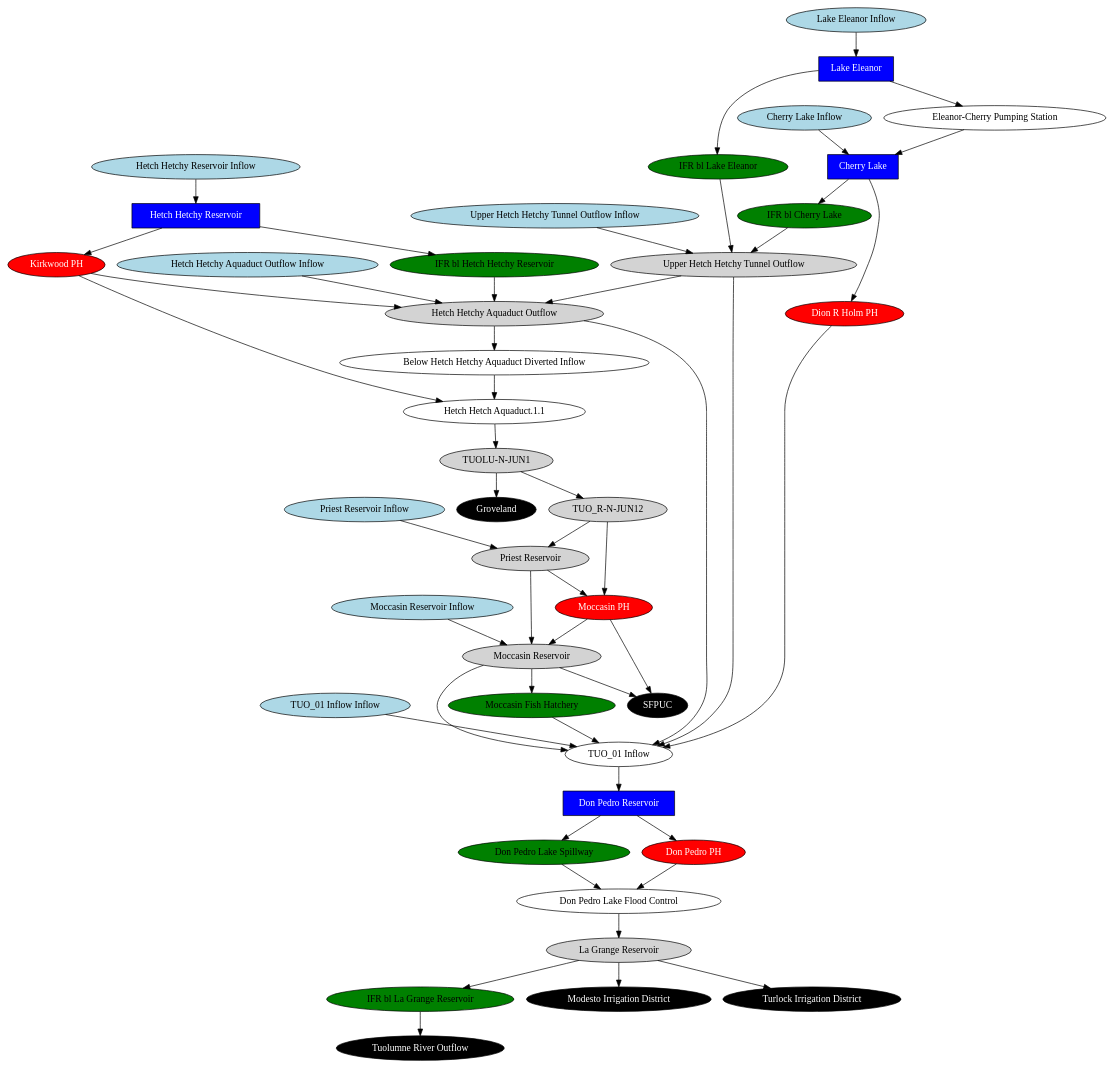
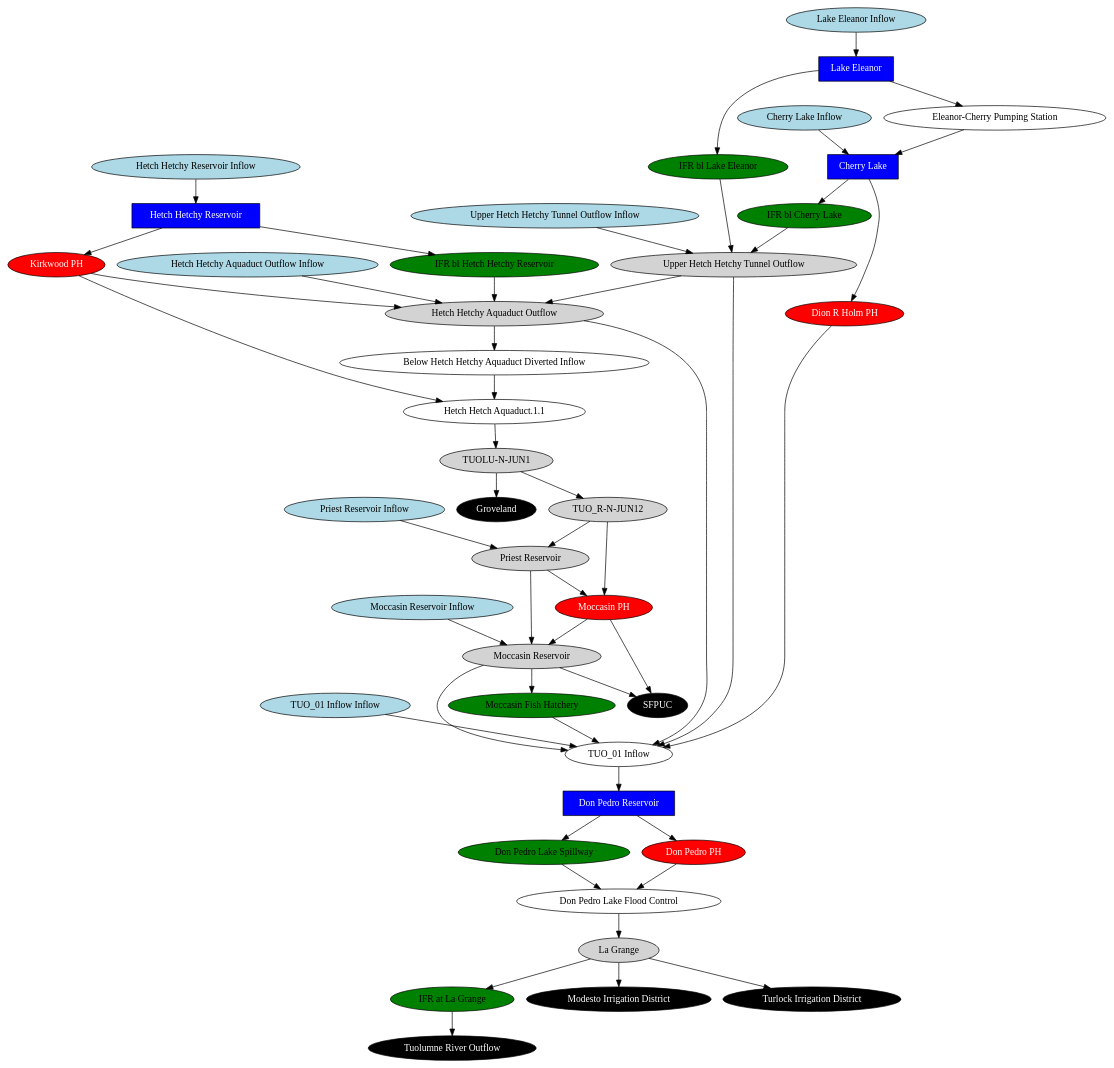
The diagram in dashapp/assets/schematics/tuolumne_schematic_simplified.gv (vicelab/cen-sierra-pywr), drawn with Graphviz before and after one commit. The commit also changed 8 other files, not shown here.

```diff
--- a/dashapp/assets/schematics/tuolumne_schematic_simplified.gv
+++ b/dashapp/assets/schematics/tuolumne_schematic_simplified.gv
@@ -1,91 +1,91 @@
 // tuolumne
 digraph tuolumne {
 	"TUO_01 Inflow Inflow" [fillcolor=lightblue fontcolor=black shape=oval style=filled]
 	"Upper Hetch Hetchy Tunnel Outflow Inflow" [fillcolor=lightblue fontcolor=black shape=oval style=filled]
 	"Cherry Lake Inflow" [fillcolor=lightblue fontcolor=black shape=oval style=filled]
 	"Lake Eleanor Inflow" [fillcolor=lightblue fontcolor=black shape=oval style=filled]
 	"Hetch Hetchy Reservoir Inflow" [fillcolor=lightblue fontcolor=black shape=oval style=filled]
 	"Moccasin Reservoir Inflow" [fillcolor=lightblue fontcolor=black shape=oval style=filled]
 	"Priest Reservoir Inflow" [fillcolor=lightblue fontcolor=black shape=oval style=filled]
 	"Hetch Hetchy Aquaduct Outflow Inflow" [fillcolor=lightblue fontcolor=black shape=oval style=filled]
 	"Below Hetch Hetchy Aquaduct Diverted Inflow" [fillcolor=white fontcolor=black shape=oval style=filled]
 	"Don Pedro Lake Flood Control" [fillcolor=white fontcolor=black shape=oval style=filled]
 	"Hetch Hetch Aquaduct.1.1" [fillcolor=white fontcolor=black shape=oval style=filled]
 	"Cherry Lake" [fillcolor=blue fontcolor=white shape=rect style=filled]
 	"Dion R Holm PH" [fillcolor=red fontcolor=white shape=oval style=filled]
 	"Don Pedro Lake Spillway" [fillcolor=green fontcolor=black shape=oval style=filled]
 	"Don Pedro PH" [fillcolor=red fontcolor=white shape=oval style=filled]
 	"Don Pedro Reservoir" [fillcolor=blue fontcolor=white shape=rect style=filled]
 	"Eleanor-Cherry Pumping Station" [fillcolor=white fontcolor=black shape=oval style=filled]
 	Groveland [fillcolor=black fontcolor=white shape=oval style=filled]
 	"Hetch Hetchy Aquaduct Outflow" [fillcolor=lightgrey fontcolor=black shape=oval style=filled]
 	"Hetch Hetchy Reservoir" [fillcolor=blue fontcolor=white shape=rect style=filled]
 	"IFR bl Cherry Lake" [fillcolor=green fontcolor=black shape=oval style=filled]
-	"IFR bl La Grange Reservoir" [fillcolor=green fontcolor=black shape=oval style=filled]
+	"IFR at La Grange" [fillcolor=green fontcolor=black shape=oval style=filled]
 	"IFR bl Hetch Hetchy Reservoir" [fillcolor=green fontcolor=black shape=oval style=filled]
 	"IFR bl Lake Eleanor" [fillcolor=green fontcolor=black shape=oval style=filled]
 	"Moccasin Fish Hatchery" [fillcolor=green fontcolor=black shape=oval style=filled]
 	"Kirkwood PH" [fillcolor=red fontcolor=white shape=oval style=filled]
-	"La Grange Reservoir" [fillcolor=lightgrey fontcolor=black shape=oval style=filled]
+	"La Grange" [fillcolor=lightgrey fontcolor=black shape=oval style=filled]
 	"Lake Eleanor" [fillcolor=blue fontcolor=white shape=rect style=filled]
 	"Moccasin PH" [fillcolor=red fontcolor=white shape=oval style=filled]
 	"Moccasin Reservoir" [fillcolor=lightgrey fontcolor=black shape=oval style=filled]
 	"Modesto Irrigation District" [fillcolor=black fontcolor=white shape=oval style=filled]
 	"Priest Reservoir" [fillcolor=lightgrey fontcolor=black shape=oval style=filled]
 	SFPUC [fillcolor=black fontcolor=white shape=oval style=filled]
 	"TUOLU-N-JUN1" [fillcolor=lightgrey fontcolor=black shape=oval style=filled]
 	"Tuolumne River Outflow" [fillcolor=black fontcolor=white shape=oval style=filled]
 	"TUO_01 Inflow" [fillcolor=white fontcolor=black shape=oval style=filled]
 	"TUO_R-N-JUN12" [fillcolor=lightgrey fontcolor=black shape=oval style=filled]
 	"Turlock Irrigation District" [fillcolor=black fontcolor=white shape=oval style=filled]
 	"Upper Hetch Hetchy Tunnel Outflow" [fillcolor=lightgrey fontcolor=black shape=oval style=filled]
 	"Hetch Hetchy Aquaduct Outflow" -> "Below Hetch Hetchy Aquaduct Diverted Inflow"
 	"Hetch Hetch Aquaduct.1.1" -> "TUOLU-N-JUN1"
 	"Cherry Lake" -> "IFR bl Cherry Lake"
 	"Cherry Lake" -> "Dion R Holm PH"
 	"Hetch Hetchy Reservoir" -> "IFR bl Hetch Hetchy Reservoir"
 	"Lake Eleanor" -> "IFR bl Lake Eleanor"
 	"Lake Eleanor" -> "Eleanor-Cherry Pumping Station"
 	"Eleanor-Cherry Pumping Station" -> "Cherry Lake"
 	"TUO_01 Inflow Inflow" -> "TUO_01 Inflow"
 	"Hetch Hetchy Reservoir" -> "Kirkwood PH"
 	"TUOLU-N-JUN1" -> Groveland
 	"TUOLU-N-JUN1" -> "TUO_R-N-JUN12"
 	"TUO_R-N-JUN12" -> "Priest Reservoir"
 	"Kirkwood PH" -> "Hetch Hetchy Aquaduct Outflow"
 	"Moccasin Reservoir" -> "Moccasin Fish Hatchery"
-	"La Grange Reservoir" -> "IFR bl La Grange Reservoir"
+	"La Grange" -> "IFR at La Grange"
 	"Don Pedro Reservoir" -> "Don Pedro Lake Spillway"
 	"Don Pedro Reservoir" -> "Don Pedro PH"
-	"Don Pedro Lake Flood Control" -> "La Grange Reservoir"
+	"Don Pedro Lake Flood Control" -> "La Grange"
 	"TUO_01 Inflow" -> "Don Pedro Reservoir"
 	"Moccasin PH" -> "Moccasin Reservoir"
 	"Don Pedro Lake Spillway" -> "Don Pedro Lake Flood Control"
 	"Don Pedro PH" -> "Don Pedro Lake Flood Control"
 	"Upper Hetch Hetchy Tunnel Outflow Inflow" -> "Upper Hetch Hetchy Tunnel Outflow"
 	"Cherry Lake Inflow" -> "Cherry Lake"
 	"Lake Eleanor Inflow" -> "Lake Eleanor"
 	"Hetch Hetchy Reservoir Inflow" -> "Hetch Hetchy Reservoir"
 	"Moccasin Reservoir Inflow" -> "Moccasin Reservoir"
 	"Priest Reservoir" -> "Moccasin Reservoir"
 	"Priest Reservoir Inflow" -> "Priest Reservoir"
 	"Moccasin Reservoir" -> SFPUC
 	"Moccasin PH" -> SFPUC
 	"TUO_R-N-JUN12" -> "Moccasin PH"
 	"Priest Reservoir" -> "Moccasin PH"
 	"Below Hetch Hetchy Aquaduct Diverted Inflow" -> "Hetch Hetch Aquaduct.1.1"
 	"Kirkwood PH" -> "Hetch Hetch Aquaduct.1.1"
 	"Hetch Hetchy Aquaduct Outflow Inflow" -> "Hetch Hetchy Aquaduct Outflow"
 	"IFR bl Hetch Hetchy Reservoir" -> "Hetch Hetchy Aquaduct Outflow"
 	"IFR bl Cherry Lake" -> "Upper Hetch Hetchy Tunnel Outflow"
 	"IFR bl Lake Eleanor" -> "Upper Hetch Hetchy Tunnel Outflow"
 	"Upper Hetch Hetchy Tunnel Outflow" -> "Hetch Hetchy Aquaduct Outflow"
-	"La Grange Reservoir" -> "Modesto Irrigation District"
-	"La Grange Reservoir" -> "Turlock Irrigation District"
-	"IFR bl La Grange Reservoir" -> "Tuolumne River Outflow"
+	"La Grange" -> "Modesto Irrigation District"
+	"La Grange" -> "Turlock Irrigation District"
+	"IFR at La Grange" -> "Tuolumne River Outflow"
 	"Moccasin Reservoir" -> "TUO_01 Inflow"
 	"Moccasin Fish Hatchery" -> "TUO_01 Inflow"
 	"Hetch Hetchy Aquaduct Outflow" -> "TUO_01 Inflow"
 	"Dion R Holm PH" -> "TUO_01 Inflow"
 	"Upper Hetch Hetchy Tunnel Outflow" -> "TUO_01 Inflow"
 }
```
